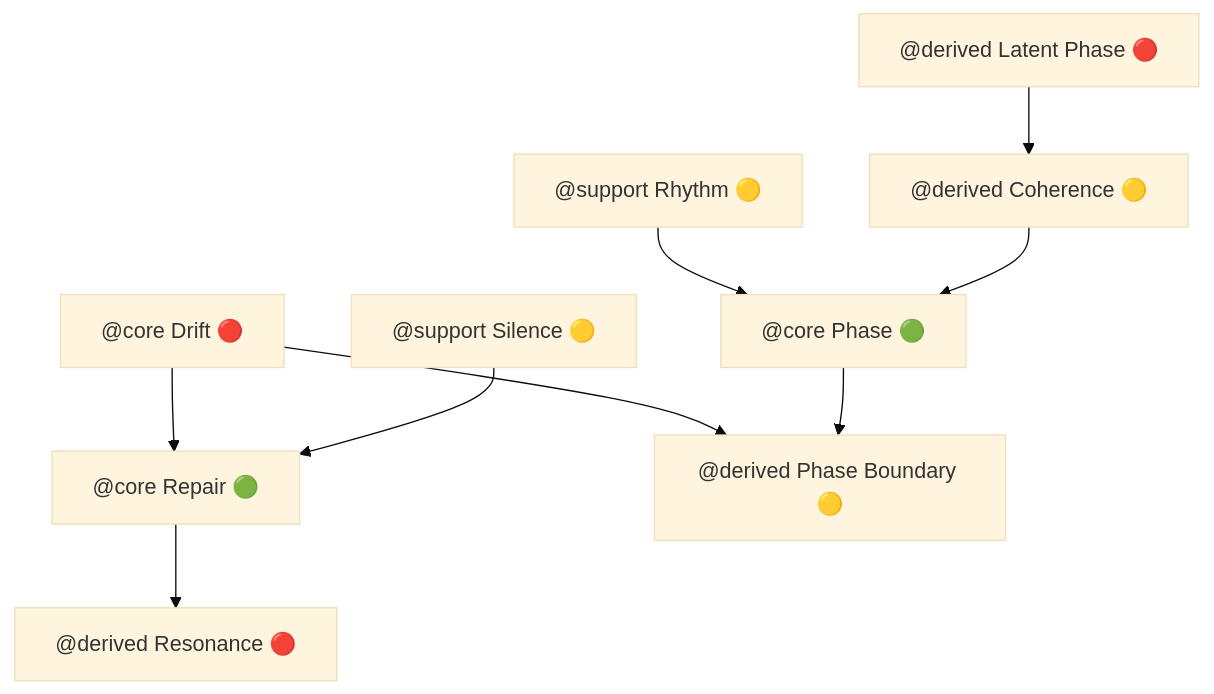
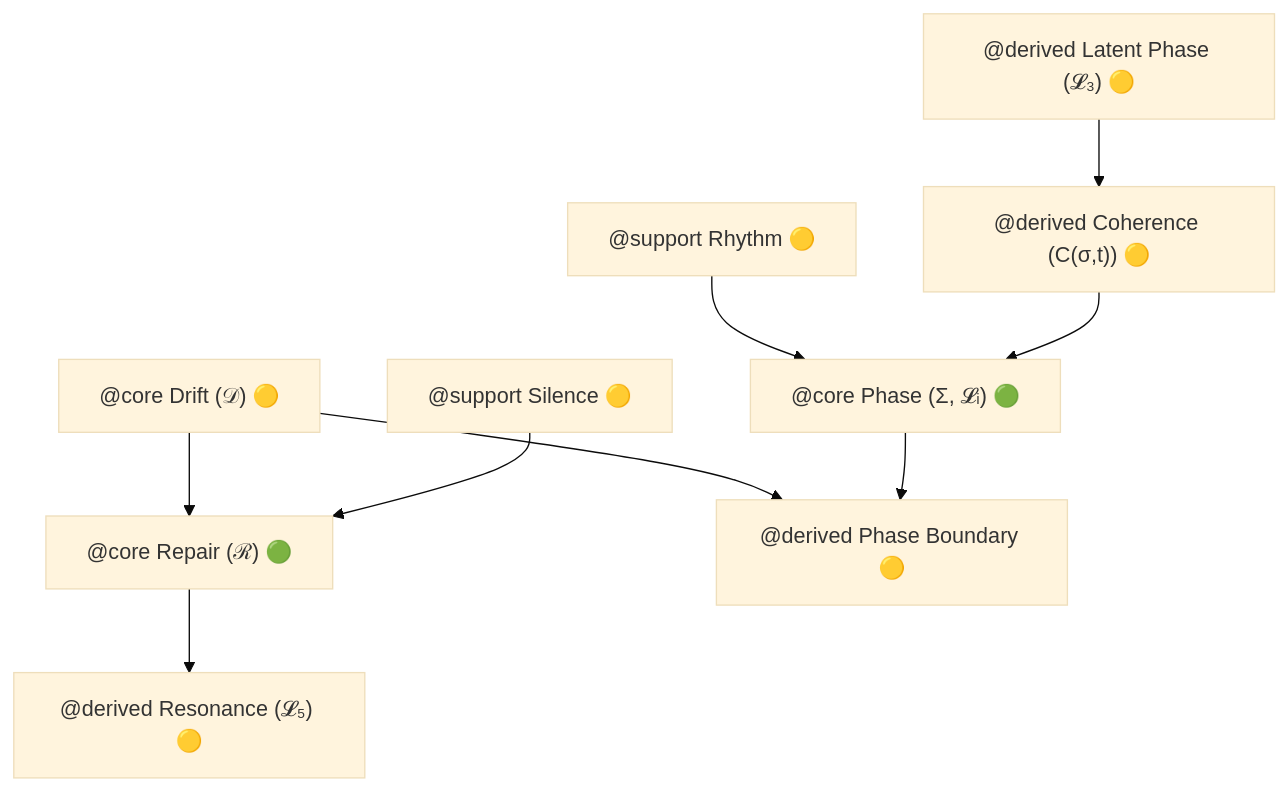
Before and after one commit to kiyoshisasano-DeepZenSpace/kiyoshisasano-DeepZenSpace: the diagram in PLD_Lexicon_Connectivity_Map.md, drawn with Mermaid (base theme). The commit also changed other lines of this file, not shown here.

````diff
--- a/PLD_Lexicon_Connectivity_Map.md
+++ b/PLD_Lexicon_Connectivity_Map.md
@@ -26,11 +26,11 @@
 ```mermaid
 graph TD
-    Drift["@core Drift 🔴"] --> Repair["@core Repair 🟢"]
+    Drift["@core Drift (𝒟) 🟡"] --> Repair["@core Repair (ℛ) 🟢"]
     Drift --> PhaseBoundary["@derived Phase Boundary 🟡"]
-    Repair --> Resonance["@derived Resonance 🔴"]
-    Phase["@core Phase 🟢"] --> PhaseBoundary
+    Repair --> Resonance["@derived Resonance (𝓛₅) 🟡"]
+    Phase["@core Phase (Σ, 𝓛ᵢ) 🟢"] --> PhaseBoundary
     Rhythm["@support Rhythm 🟡"] --> Phase
     Silence["@support Silence 🟡"] --> Repair
-    Coherence["@derived Coherence 🟡"] --> Phase
-    LatentPhase["@derived Latent Phase 🔴"] --> Coherence
+    Coherence["@derived Coherence (C(σ,t)) 🟡"] --> Phase
+    LatentPhase["@derived Latent Phase (𝓛₃) 🟡"] --> Coherence
 ```
````
